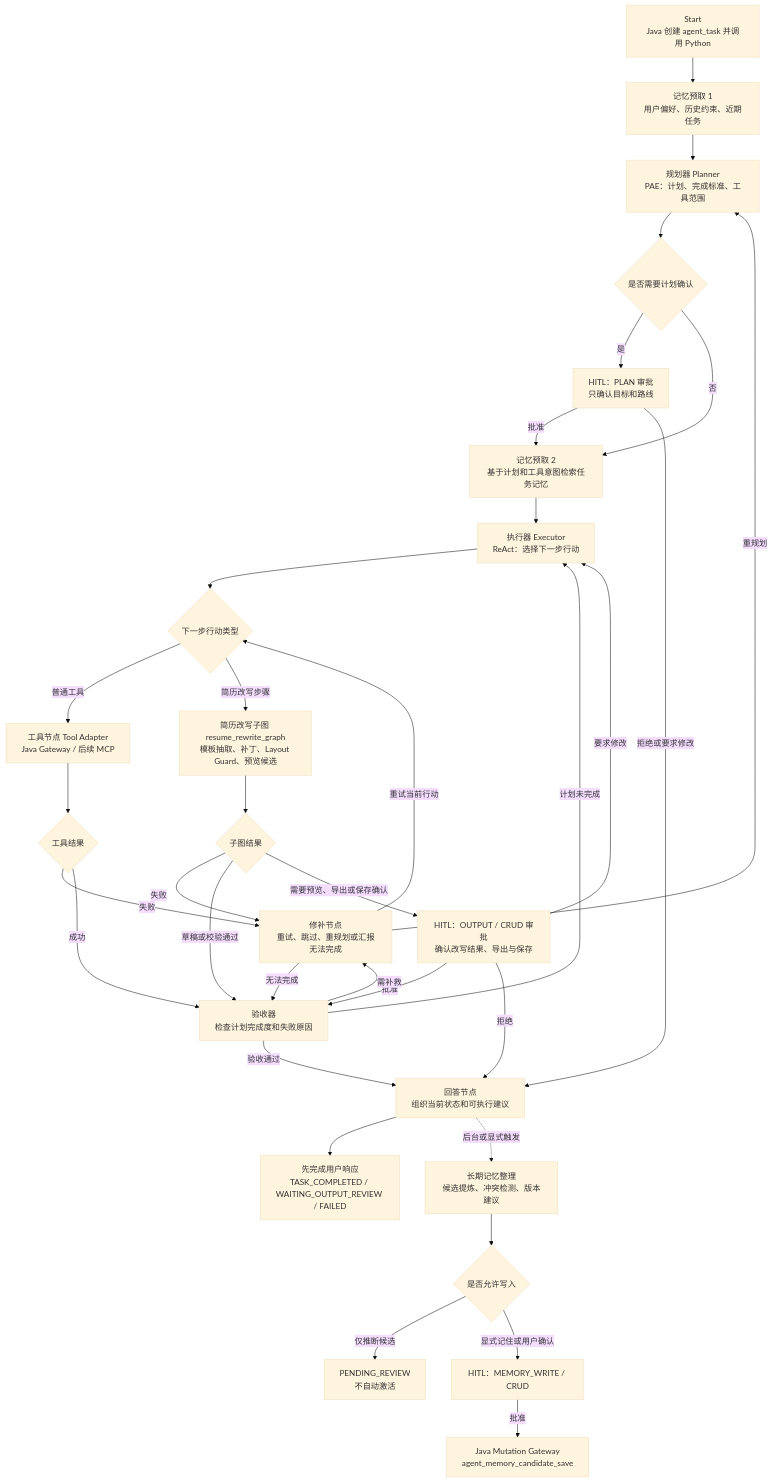
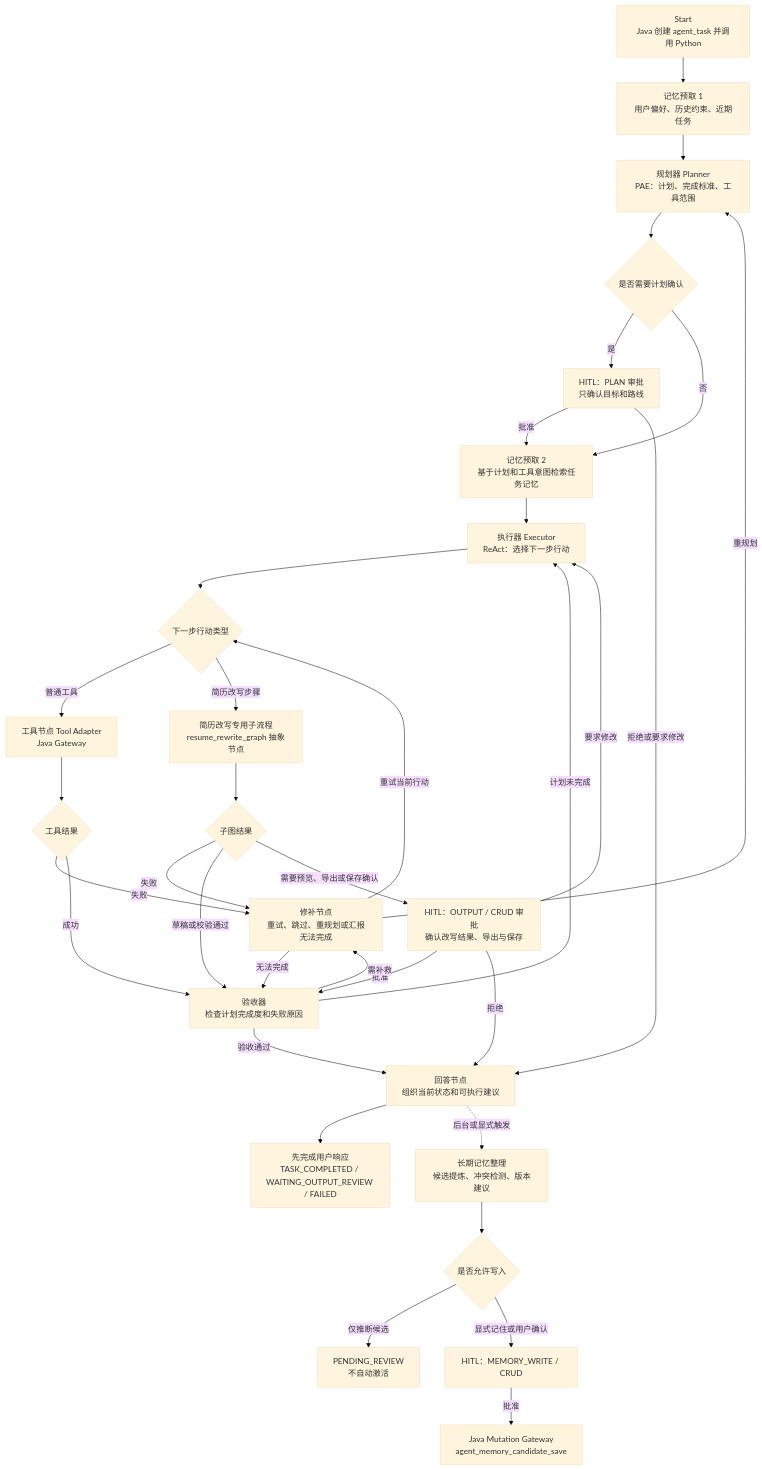
Before and after one commit to HeWhenJay/Multimodal-RAG-Agent-Learning-Evidence-Platform: the seventh of 11 diagrams in README.md, drawn with Mermaid (base theme). The commit also changed other lines of this file, not shown here.

Commit message:
docs: 拆分 README 流程图并清理阶段表述

````diff
--- a/README.md
+++ b/README.md
@@ -235,40 +203,40 @@
 ```mermaid
 flowchart TD
     START["Start<br/>Java 创建 agent_task 并调用 Python"] --> M0["记忆预取 1<br/>用户偏好、历史约束、近期任务"]
     M0 --> PL["规划器 Planner<br/>PAE：计划、完成标准、工具范围"]
     PL --> HPLAN{"是否需要计划确认"}
     HPLAN -->|"是"| PLAN_REVIEW["HITL：PLAN 审批<br/>只确认目标和路线"]
     HPLAN -->|"否"| M1["记忆预取 2<br/>基于计划和工具意图检索任务记忆"]
     PLAN_REVIEW -->|"批准"| M1
     PLAN_REVIEW -->|"拒绝或要求修改"| ANSWER["回答节点<br/>组织当前状态和可执行建议"]
 
     M1 --> EXEC["执行器 Executor<br/>ReAct：选择下一步行动"]
     EXEC --> ACTION{"下一步行动类型"}
-    ACTION -->|"普通工具"| TOOL["工具节点 Tool Adapter<br/>Java Gateway / 后续 MCP"]
-    ACTION -->|"简历改写步骤"| RESUME_SUB["简历改写子图 resume_rewrite_graph<br/>模板抽取、补丁、Layout Guard、预览候选"]
+    ACTION -->|"普通工具"| TOOL["工具节点 Tool Adapter<br/>Java Gateway"]
+    ACTION -->|"简历改写步骤"| RESUME_SUB["简历改写专用子流程<br/>resume_rewrite_graph 抽象节点"]
     TOOL --> TOOL_RESULT{"工具结果"}
     RESUME_SUB --> RESUME_RESULT{"子图结果"}
 
     TOOL_RESULT -->|"失败"| REPAIR["修补节点<br/>重试、跳过、重规划或汇报无法完成"]
     RESUME_RESULT -->|"失败"| REPAIR
     REPAIR -->|"重试当前行动"| ACTION
     REPAIR -->|"重规划"| PL
     REPAIR -->|"无法完成"| ACCEPT["验收器<br/>检查计划完成度和失败原因"]
 
     TOOL_RESULT -->|"成功"| ACCEPT
     RESUME_RESULT -->|"草稿或校验通过"| ACCEPT
     RESUME_RESULT -->|"需要预览、导出或保存确认"| RESUME_REVIEW["HITL：OUTPUT / CRUD 审批<br/>确认改写结果、导出与保存"]
     RESUME_REVIEW -->|"批准"| ACCEPT
     RESUME_REVIEW -->|"要求修改"| EXEC
     RESUME_REVIEW -->|"拒绝"| ANSWER
     ACCEPT -->|"计划未完成"| EXEC
     ACCEPT -->|"需补救"| REPAIR
     ACCEPT -->|"验收通过"| ANSWER
 
     ANSWER --> DONE["先完成用户响应<br/>TASK_COMPLETED / WAITING_OUTPUT_REVIEW / FAILED"]
     ANSWER -. "后台或显式触发" .-> MEM["长期记忆整理<br/>候选提炼、冲突检测、版本建议"]
     MEM --> MEM_GATE{"是否允许写入"}
     MEM_GATE -->|"仅推断候选"| PENDING["PENDING_REVIEW<br/>不自动激活"]
     MEM_GATE -->|"显式记住或用户确认"| MEM_REVIEW["HITL：MEMORY_WRITE / CRUD"]
     MEM_REVIEW -->|"批准"| SAVE["Java Mutation Gateway<br/>agent_memory_candidate_save"]
 ```
````
